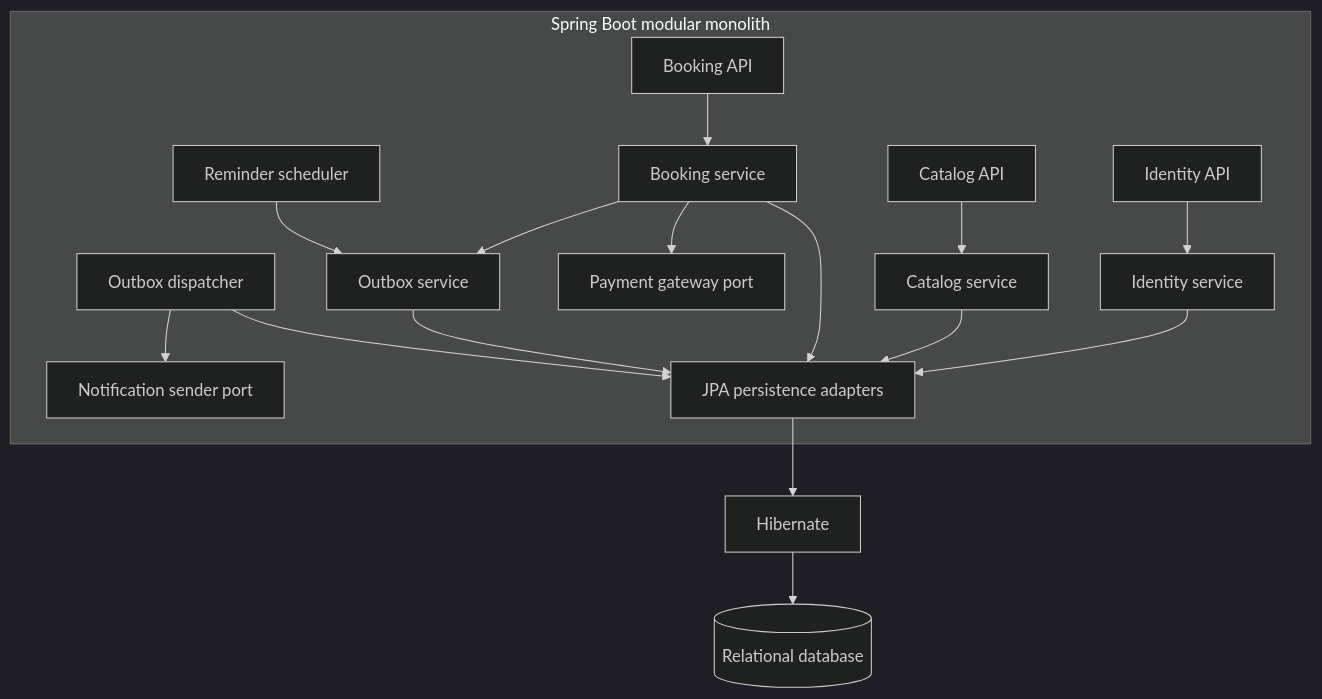
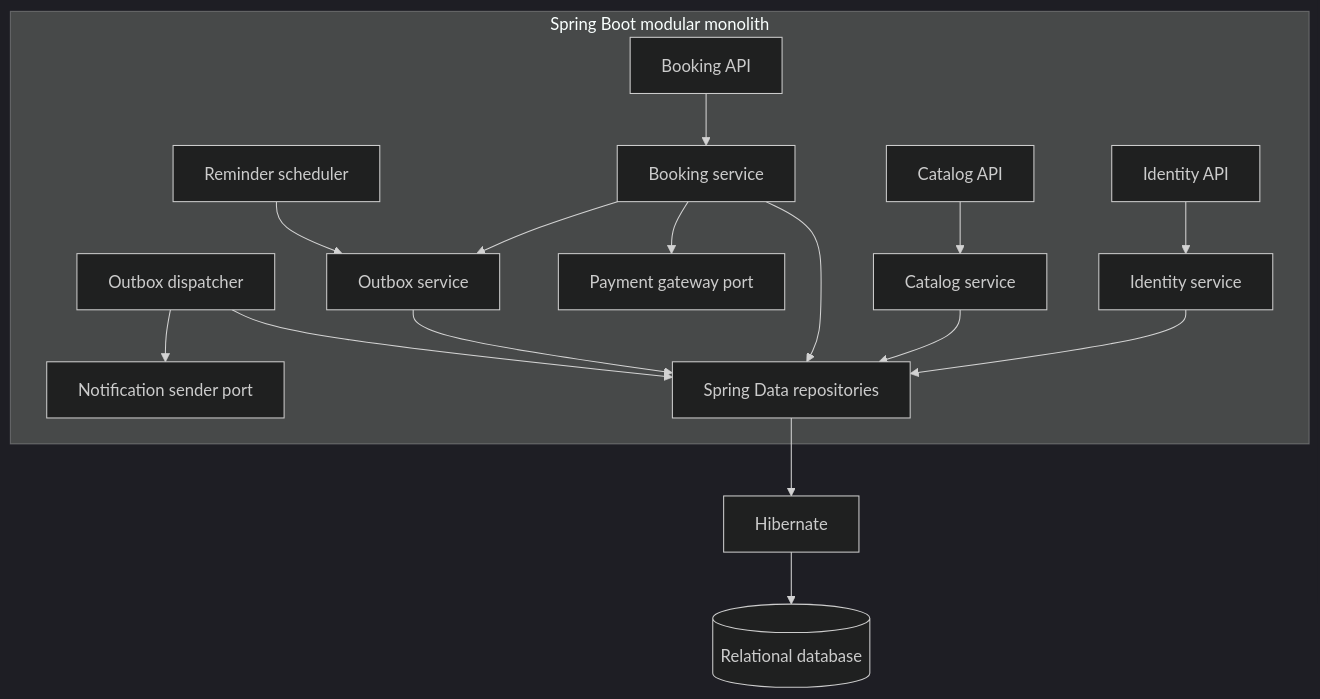
One commit to Mayank-Bhati/movie-ticket-booking changed the second of 4 diagrams in docs/architecture/system-design.md. Above: the diagram before and after it, drawn with Mermaid (dark theme). The commit also changed 30 other files, not shown here.

Commit message:
Simplify persistence with Spring Data repositories

````diff
--- a/docs/architecture/system-design.md
+++ b/docs/architecture/system-design.md
@@ -21,19 +21,19 @@
 ```mermaid
 flowchart TB
     subgraph Runtime[Spring Boot modular monolith]
       IA[Identity API] --> IS[Identity service]
       CA[Catalog API] --> CS[Catalog service]
       BA[Booking API] --> BS[Booking service]
       BS --> PG[Payment gateway port]
       BS --> OB[Outbox service]
       RS[Reminder scheduler] --> OB
       OD[Outbox dispatcher] --> NS[Notification sender port]
-      IS --> JPA[JPA persistence adapters]
+      IS --> JPA[Spring Data repositories]
       CS --> JPA
       BS --> JPA
       OB --> JPA
       OD --> JPA
     end
     JPA --> H[Hibernate]
     H --> DB[(Relational database)]
 ```
````
